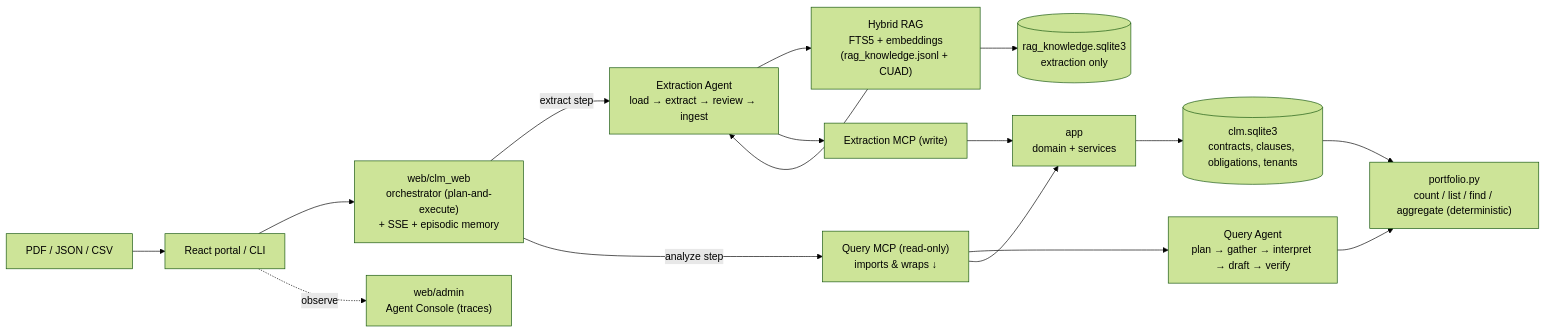
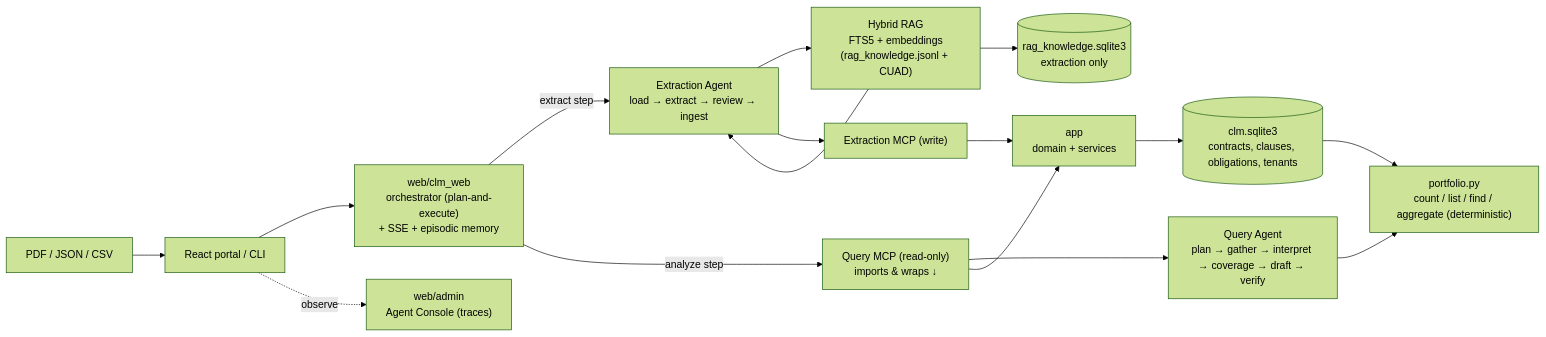
The diagram in docs/agentic-architecture.md (sepractioners/capstone), drawn with Mermaid (forest theme) before and after one commit. The commit also changed other lines of this file and 3 other files, not shown here.

````diff
--- a/docs/agentic-architecture.md
+++ b/docs/agentic-architecture.md
@@ -7,22 +7,22 @@
 ```mermaid
 flowchart LR
     Sources["PDF / JSON / CSV"] --> UI["React portal / CLI"]
     UI --> Orch["web/clm_web<br/>orchestrator (plan-and-execute)<br/>+ SSE + episodic memory"]
     UI -.observe.-> Console["web/admin<br/>Agent Console (traces)"]
 
     Orch --> |extract step| EA["Extraction Agent<br/>load → extract → review → ingest"]
     Orch --> |analyze step| QMCP
 
     EA --> RAG["Hybrid RAG<br/>FTS5 + embeddings<br/>(rag_knowledge.jsonl + CUAD)"]
     RAG --> EA
     EA --> EMCP["Extraction MCP (write)"]
 
-    QMCP["Query MCP (read-only)<br/>imports & wraps ↓"] --> QA["Query Agent<br/>plan → gather → interpret → draft → verify"]
+    QMCP["Query MCP (read-only)<br/>imports & wraps ↓"] --> QA["Query Agent<br/>plan → gather → interpret → coverage → draft → verify"]
     QA --> Portfolio["portfolio.py<br/>count / list / find / aggregate (deterministic)"]
 
     EMCP --> App["app<br/>domain + services"]
     QMCP --> App
     App --> DomainDB[("clm.sqlite3<br/>contracts, clauses, obligations, tenants")]
     RAG --> KB[("rag_knowledge.sqlite3<br/>extraction only")]
     DomainDB --> Portfolio
 ```
````
